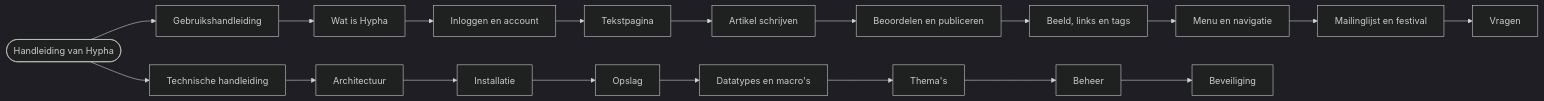
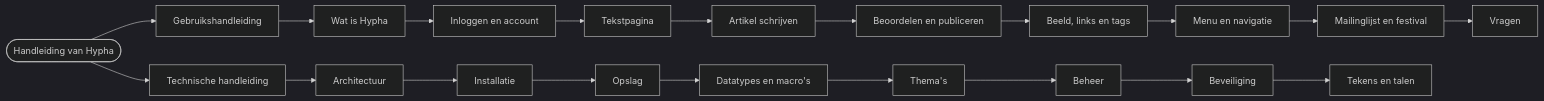
The diagram in docs/handleiding/index.md (guidol-ive/hypha), drawn with Mermaid (dark theme) before and after one commit. The commit also changed other lines of this file and 22 other files, not shown here.

````diff
--- a/docs/handleiding/index.md
+++ b/docs/handleiding/index.md
@@ -26,9 +26,9 @@
 ```mermaid
 flowchart LR
     start([Handleiding van Hypha]) --> gebruik[Gebruikshandleiding]
     start --> techniek[Technische handleiding]
     gebruik --> g1[Wat is Hypha] --> g2[Inloggen en account] --> g3[Tekstpagina] --> g4[Artikel schrijven] --> g5[Beoordelen en publiceren]
     g5 --> g6[Beeld, links en tags] --> g7[Menu en navigatie] --> g8[Mailinglijst en festival] --> g9[Vragen]
     techniek --> t1[Architectuur] --> t2[Installatie] --> t3[Opslag] --> t4[Datatypes en macro's]
-    t4 --> t5[Thema's] --> t6[Beheer] --> t7[Beveiliging]
+    t4 --> t5[Thema's] --> t6[Beheer] --> t7[Beveiliging] --> t8[Tekens en talen]
 ```
````
